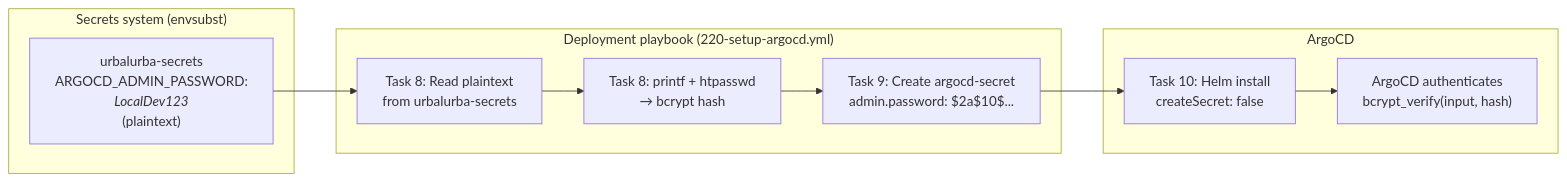
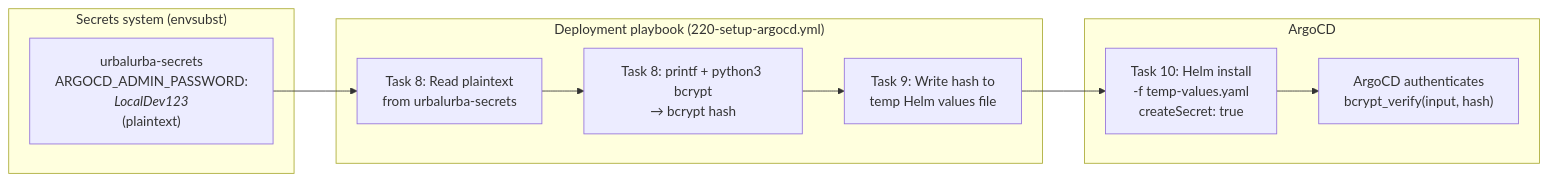
The third of 3 diagrams in provision-host/uis/templates/how-secrets-works.md (terchris/urbalurba-infrastructure), drawn with Mermaid before and after one commit. The commit also changed other lines of this file and 30 other files, not shown here.

````diff
--- a/provision-host/uis/templates/how-secrets-works.md
+++ b/provision-host/uis/templates/how-secrets-works.md
@@ -98,23 +98,23 @@
 ```mermaid
 graph LR
     subgraph "Secrets system (envsubst)"
         US["urbalurba-secrets<br/>ARGOCD_ADMIN_PASSWORD:<br/><i>LocalDev123</i><br/>(plaintext)"]
     end
 
     subgraph "Deployment playbook (220-setup-argocd.yml)"
         READ["Task 8: Read plaintext<br/>from urbalurba-secrets"]
-        HASH["Task 8: printf + htpasswd<br/>→ bcrypt hash"]
-        CREATE["Task 9: Create argocd-secret<br/>admin.password: $2a$10$..."]
+        HASH["Task 8: printf + python3 bcrypt<br/>→ bcrypt hash"]
+        WRITE["Task 9: Write hash to<br/>temp Helm values file"]
     end
 
     subgraph "ArgoCD"
-        HELM["Task 10: Helm install<br/>createSecret: false"]
+        HELM["Task 10: Helm install<br/>-f temp-values.yaml<br/>createSecret: true"]
         AUTH["ArgoCD authenticates<br/>bcrypt_verify(input, hash)"]
     end
 
     US --> READ
     READ --> HASH
-    HASH --> CREATE
-    CREATE --> HELM
+    HASH --> WRITE
+    WRITE --> HELM
     HELM --> AUTH
 ```
````
